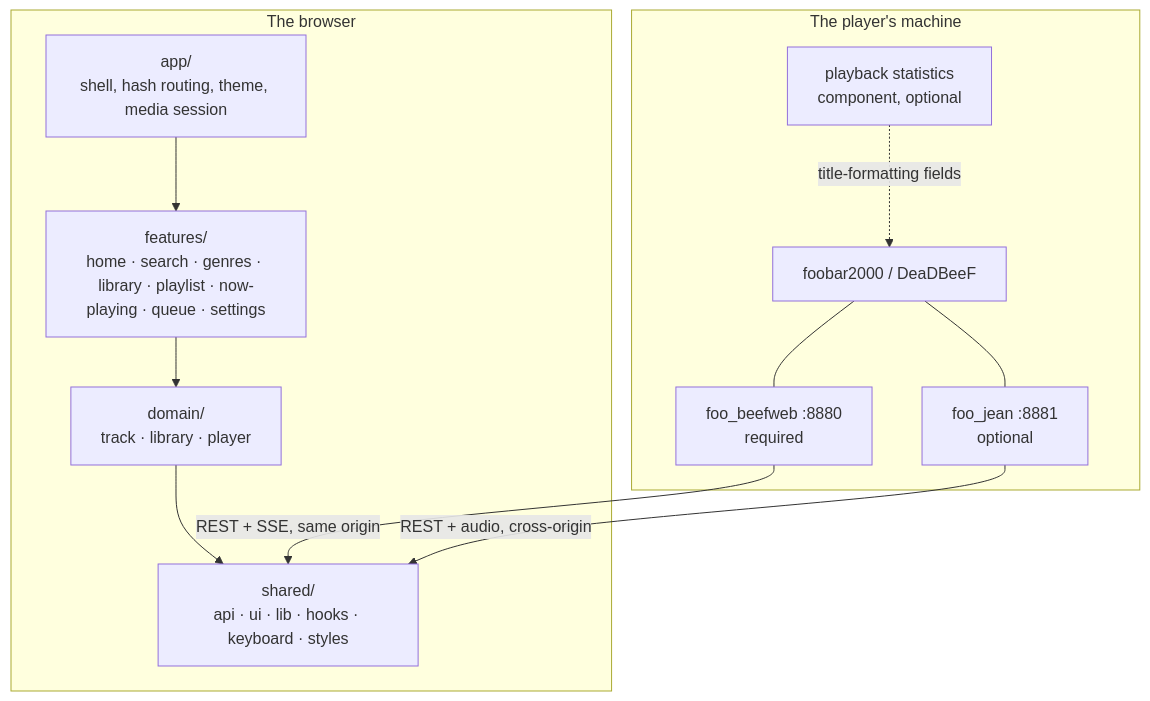
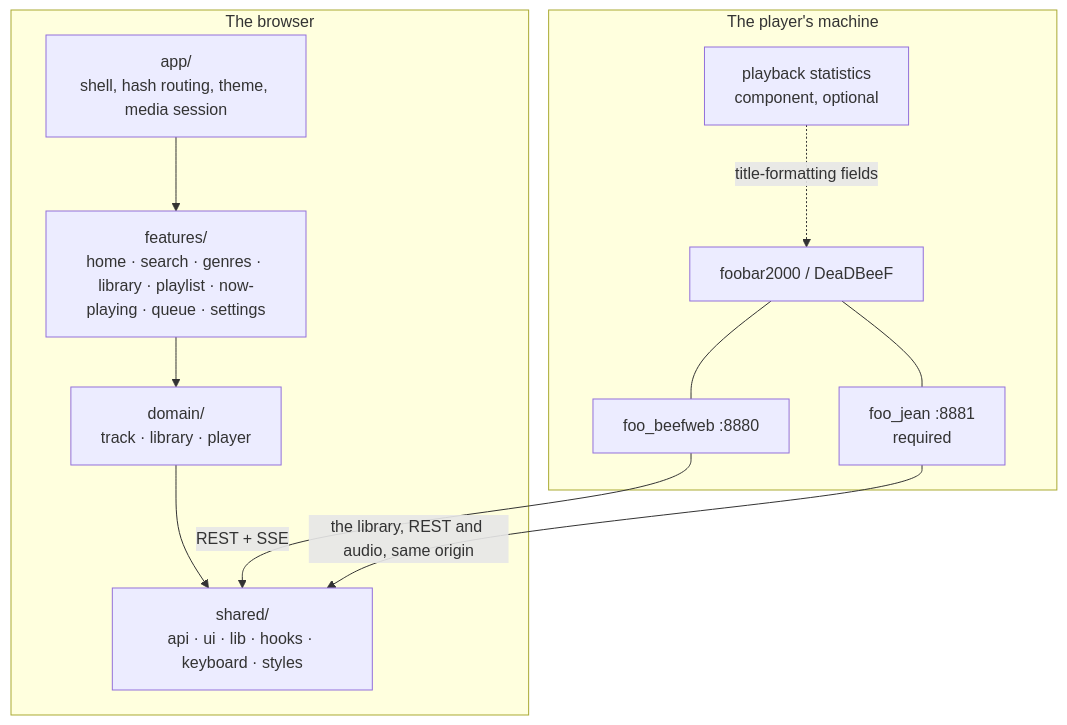
The first of 2 diagrams in ui/ARCHITECTURE.md (enrique-ramirez/jean), drawn with Mermaid before and after one commit. The commit also changed other lines of this file and 56 other files, not shown here.

````diff
--- a/ui/ARCHITECTURE.md
+++ b/ui/ARCHITECTURE.md
@@ -9,25 +9,25 @@
 ```mermaid
 flowchart TB
   subgraph machine["The player's machine"]
     fb["foobar2000 / DeaDBeeF"]
-    bw["foo_beefweb :8880<br/>required"]
-    fj["foo_jean :8881<br/>optional"]
+    bw["foo_beefweb :8880"]
+    fj["foo_jean :8881<br/>required"]
     stats["playback statistics<br/>component, optional"]
     fb --- bw
     fb --- fj
     stats -.->|title-formatting fields| fb
   end
 
   subgraph browser["The browser"]
     app["app/<br/>shell, hash routing, theme, media session"]
     features["features/<br/>home · search · genres · library · playlist · now-playing · queue · settings"]
     domain["domain/<br/>track · library · player"]
     shared["shared/<br/>api · ui · lib · hooks · keyboard · styles"]
     app --> features
     features --> domain
     domain --> shared
   end
 
-  bw -->|"REST + SSE, same origin"| shared
-  fj -->|"REST + audio, cross-origin"| shared
+  bw -->|"REST + SSE"| shared
+  fj -->|"the library, REST and audio, same origin"| shared
 ```
````
